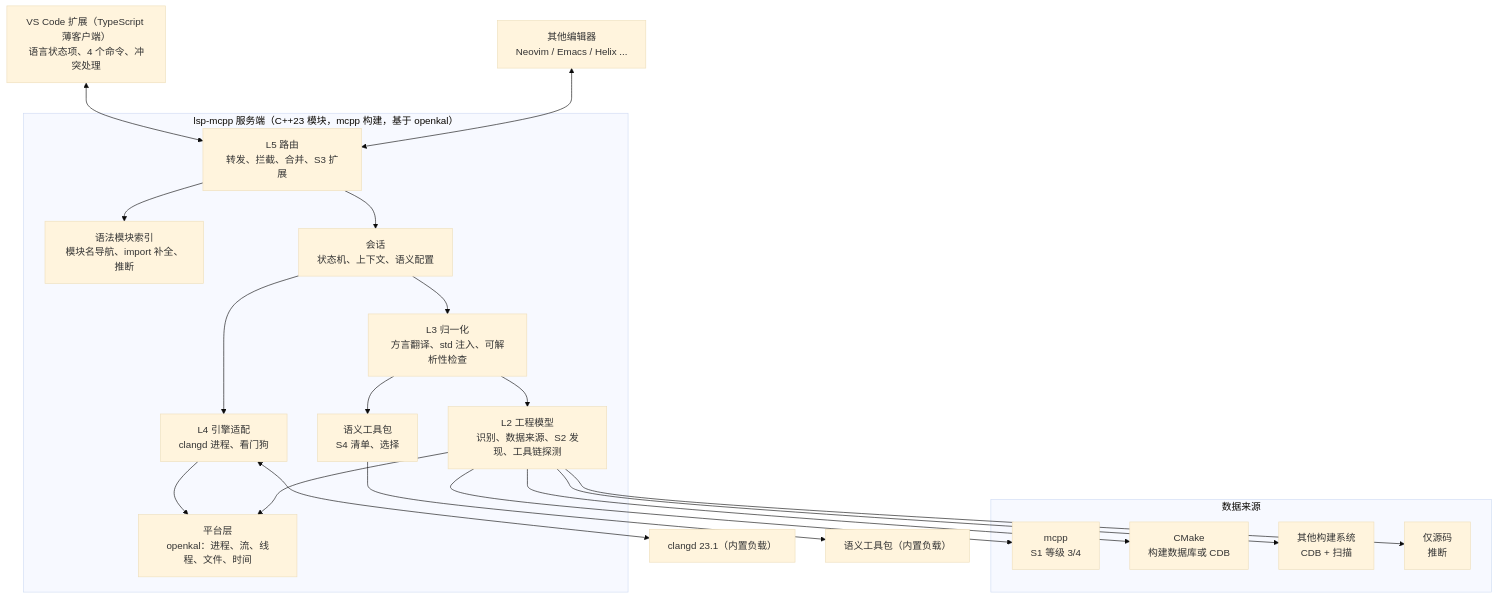
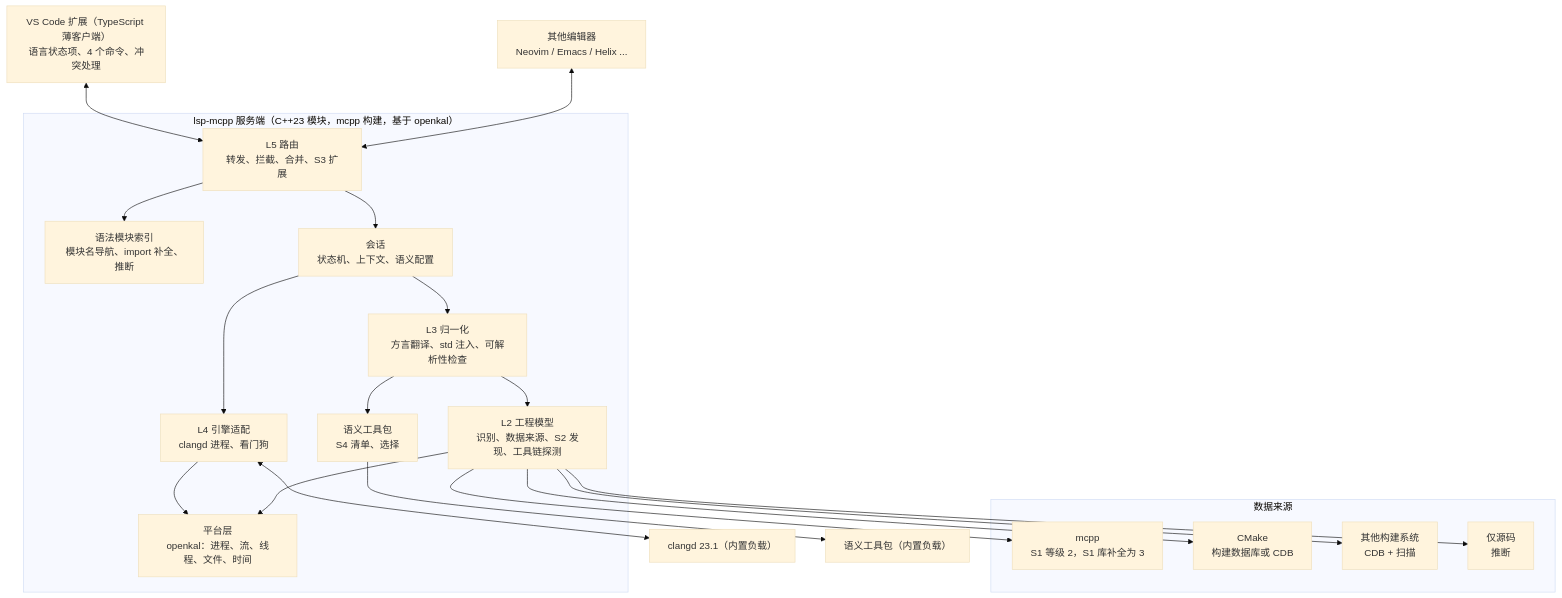
Before and after one commit to Sunrisepeak/lsp-mcpp-private: the diagram in .agents/docs/2026-09-13-cxx-modules-unified-lsp-design.md, drawn with Mermaid (base theme). The commit also changed other lines of this file and 15 other files, not shown here.

````diff
--- a/.agents/docs/2026-09-13-cxx-modules-unified-lsp-design.md
+++ b/.agents/docs/2026-09-13-cxx-modules-unified-lsp-design.md
@@ -450,40 +450,40 @@
 ```mermaid
 flowchart TB
   vscode["VS Code 扩展（TypeScript 薄客户端）<br/>语言状态项、4 个命令、冲突处理"]
   others["其他编辑器<br/>Neovim / Emacs / Helix ..."]
   subgraph server["lsp-mcpp 服务端（C++23 模块，mcpp 构建，基于 openkal）"]
     router["L5 路由<br/>转发、拦截、合并、S3 扩展"]
     index["语法模块索引<br/>模块名导航、import 补全、推断"]
     session["会话<br/>状态机、上下文、语义配置"]
     engine["L4 引擎适配<br/>clangd 进程、看门狗"]
     norm["L3 归一化<br/>方言翻译、std 注入、可解析性检查"]
     model["L2 工程模型<br/>识别、数据来源、S2 发现、工具链探测"]
     kits["语义工具包<br/>S4 清单、选择"]
     platform["平台层<br/>openkal：进程、流、线程、文件、时间"]
   end
   clangd["clangd 23.1（内置负载）"]
   payload["语义工具包（内置负载）"]
   subgraph producers["数据来源"]
-    mcpp["mcpp<br/>S1 等级 3/4"]
+    mcpp["mcpp<br/>S1 等级 2，S1 库补全为 3"]
     cmake["CMake<br/>构建数据库或 CDB"]
     compdb["其他构建系统<br/>CDB + 扫描"]
     loose["仅源码<br/>推断"]
   end
 
   vscode <--> router
   others <--> router
   router --> index
   router --> session
   session --> engine
   engine <--> clangd
   session --> norm
   norm --> model
   norm --> kits
   kits --> payload
   model --> mcpp
   model --> cmake
   model --> compdb
   model --> loose
   engine --> platform
   model --> platform
 ```
````
